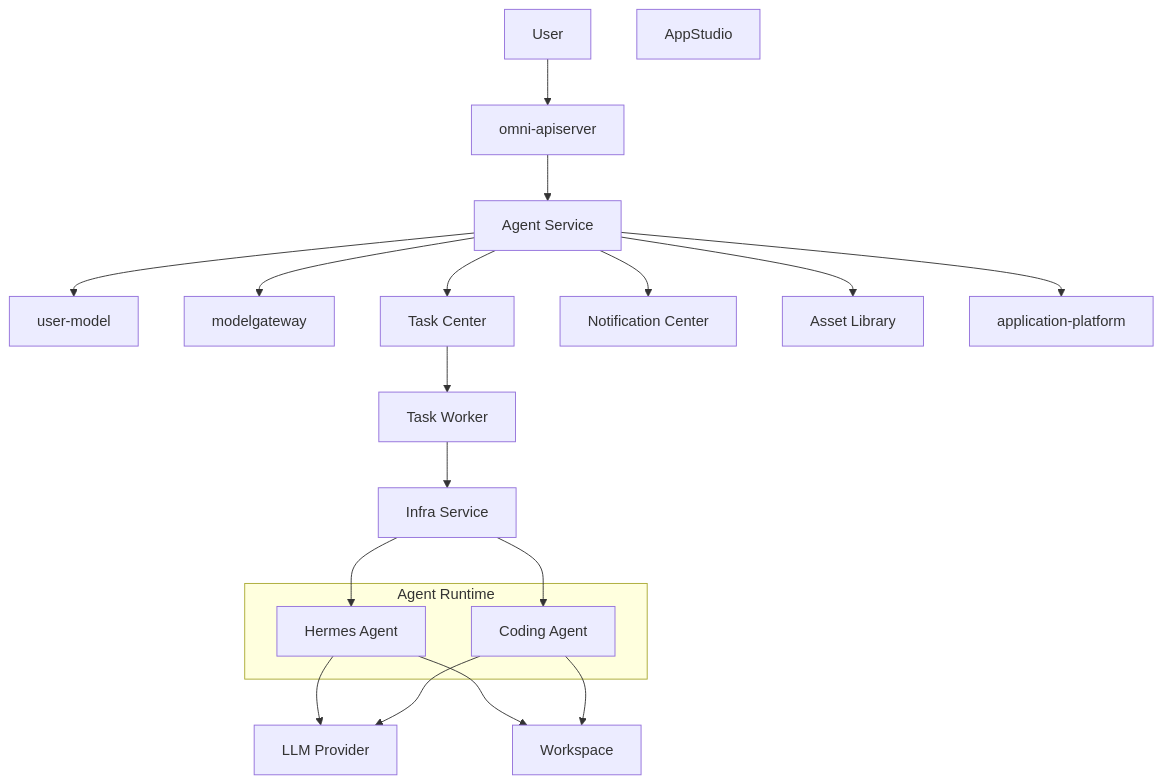
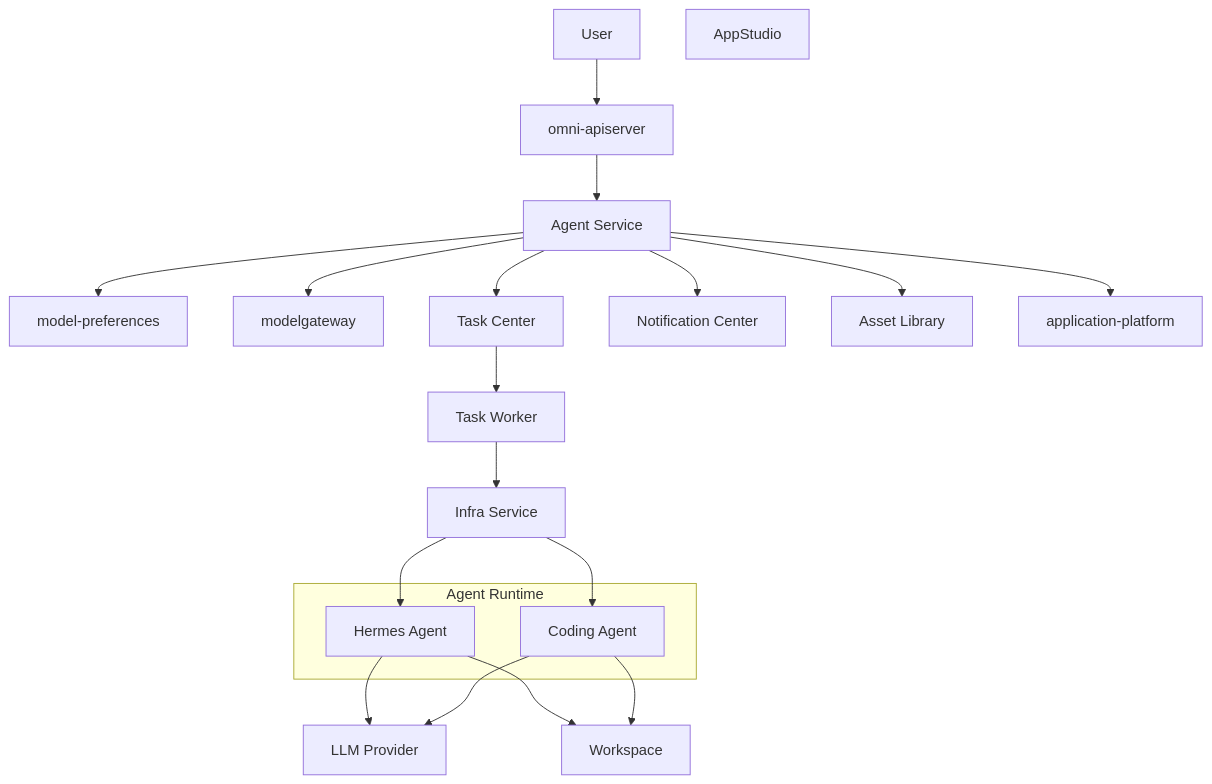
The second of 9 diagrams in 00_product/domains/agent/product-spec.md (wangweihong/omnimam-spec), drawn with Mermaid before and after one commit. The commit also changed other lines of this file and 67 other files, not shown here.

Commit message:
spec: implement unified provider account architecture

````diff
--- a/00_product/domains/agent/product-spec.md
+++ b/00_product/domains/agent/product-spec.md
@@ -262,45 +262,45 @@
 ```mermaid
 flowchart TB
     USER[User]
     STUDIO[AppStudio]
     API[omni-apiserver]
 
     AS[Agent Service]
-    MM[user-model]
+    MM[model-preferences]
     MG[modelgateway]
     TC[Task Center]
     WORKER[Task Worker]
     INFRA[Infra Service]
     NOTICE[Notification Center]
     ASSET[Asset Library]
     APP[application-platform]
 
     subgraph Runtime["Agent Runtime"]
         HERMES[Hermes Agent]
         CODING[Coding Agent]
     end
 
     LLM[LLM Provider]
     WS[Workspace]
 
     USER --> API
     API --> AS
 
     AS --> MM
     AS --> MG
     AS --> TC
     TC --> WORKER
     WORKER --> INFRA
     AS --> NOTICE
     AS --> ASSET
     AS --> APP
 
     INFRA --> HERMES
     INFRA --> CODING
 
     HERMES --> LLM
     CODING --> LLM
 
     HERMES --> WS
     CODING --> WS
 ```
````
